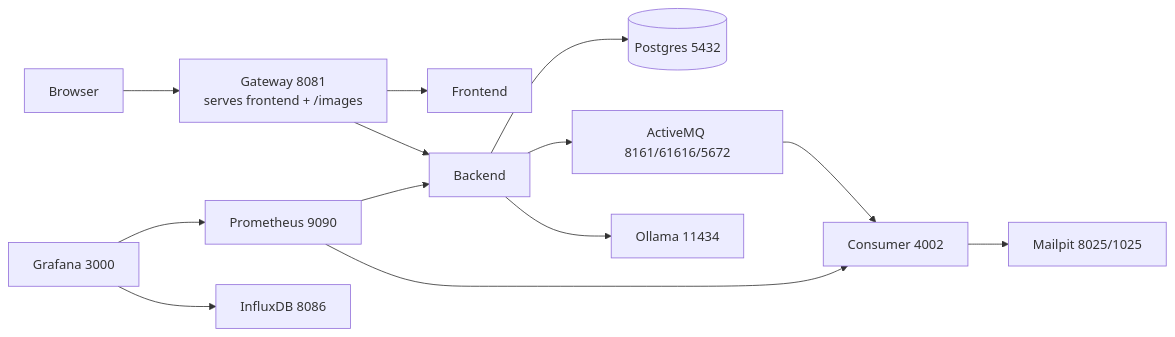
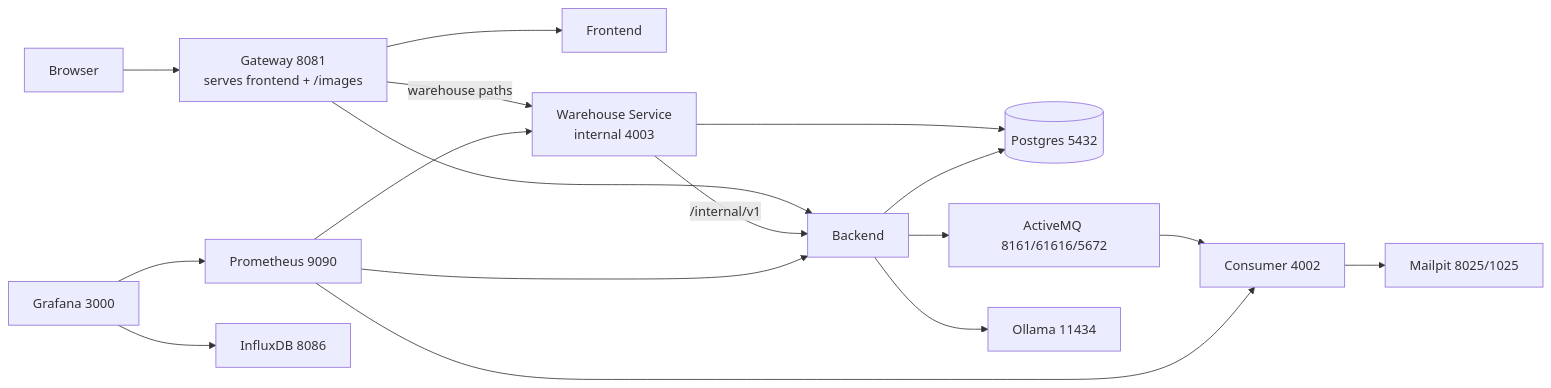
The second of 3 diagrams in docs/PROFILE_URLS.md (slawekradzyminski/awesome-localstack), drawn with Mermaid before and after one commit. The commit also changed other lines of this file and 39 other files, not shown here.

First line of the commit message:
Add warehouse-service and commerce wave 2 to the stack (#71)

````diff
--- a/docs/PROFILE_URLS.md
+++ b/docs/PROFILE_URLS.md
@@ -48,15 +53,19 @@
 ```mermaid
 flowchart LR
     U[Browser] --> G[Gateway 8081<br/>serves frontend + /images]
     G --> F[Frontend]
     G --> B[Backend]
+    G -->|warehouse paths| W[Warehouse Service<br/>internal 4003]
+    W -->|/internal/v1| B
+    W --> DB
     B --> DB[(Postgres 5432)]
     B --> MQ[ActiveMQ 8161/61616/5672]
     MQ --> C[Consumer 4002]
     C --> M[Mailpit 8025/1025]
     B --> O[Ollama 11434]
     P[Prometheus 9090] --> B
     P --> C
+    P --> W
     GR[Grafana 3000] --> P
     GR --> I[InfluxDB 8086]
 ```
````
